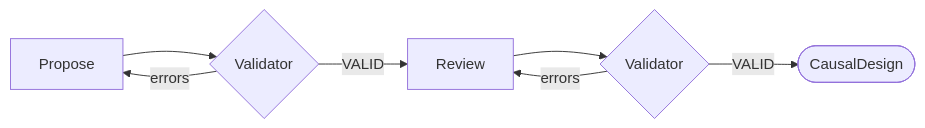
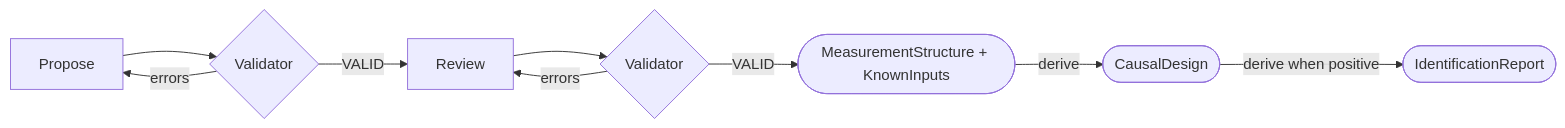
The diagram in docs/pipeline/measurement-structure.md (ma9o/causal-ssm-agent), drawn with Mermaid before and after one commit. The commit also changed other lines of this file and 140 other files, not shown here.

First line of the commit message:
Refactor documentation and API schemas to enhance clarity and introduce KnownInput structure

````diff
--- a/docs/pipeline/measurement-structure.md
+++ b/docs/pipeline/measurement-structure.md
@@ -23,6 +23,8 @@
 ```mermaid
 flowchart LR
     P[Propose] --> V1{Validator} -- errors --> P
     V1 -- VALID --> R[Review] --> V2{Validator} -- errors --> R
-    V2 -- VALID --> F([CausalDesign])
+    V2 -- VALID --> M([MeasurementStructure + KnownInputs])
+    M -->|derive| C([CausalDesign])
+    C -->|derive when positive| I([IdentificationReport])
 ```
````
